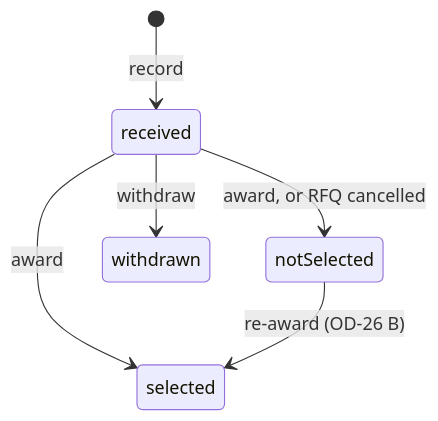
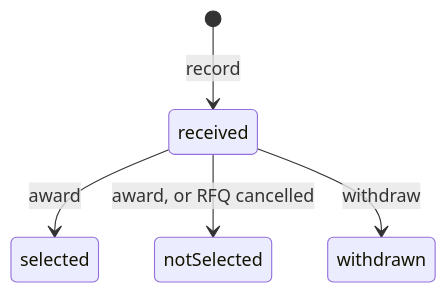
Before and after one commit to egycashcompany-ops/egycash: the sixth of 12 diagrams in docs/12-planning/administration-module-design-flows.md, drawn with Mermaid. The commit also changed other lines of this file and 3 other files, not shown here.

````diff
--- a/docs/12-planning/administration-module-design-flows.md
+++ b/docs/12-planning/administration-module-design-flows.md
@@ -991,8 +998,7 @@
 ```mermaid
 stateDiagram-v2
   [*] --> received : record
   received --> selected : award
   received --> notSelected : award, or RFQ cancelled
   received --> withdrawn : withdraw
-  notSelected --> selected : re-award (OD-26 B)
 ```
````
